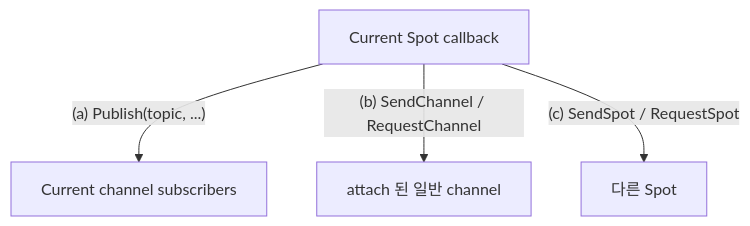
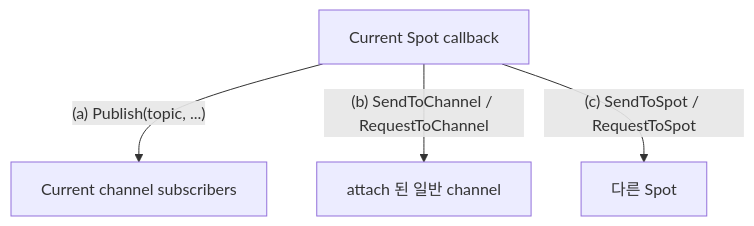
One commit to kairos-code-dev/zlink changed the diagram in framework/languages/dotnet/doc/guide/05-spot.ko.md. Above: the diagram before and after it, drawn with Mermaid. The commit also changed other lines of this file and 72 other files, not shown here.

````diff
--- a/framework/languages/dotnet/doc/guide/05-spot.ko.md
+++ b/framework/languages/dotnet/doc/guide/05-spot.ko.md
@@ -362,6 +362,6 @@
 ```mermaid
 flowchart TD
   Spot[Current Spot callback] -->|"(a) Publish(topic, ...)"| Sub[Current channel subscribers]
-  Spot -->|"(b) SendChannel / RequestChannel"| Ch[attach 된 일반 channel]
-  Spot -->|"(c) SendSpot / RequestSpot"| OtherSpot[다른 Spot]
+  Spot -->|"(b) SendToChannel / RequestToChannel"| Ch[attach 된 일반 channel]
+  Spot -->|"(c) SendToSpot / RequestToSpot"| OtherSpot[다른 Spot]
 ```
````
